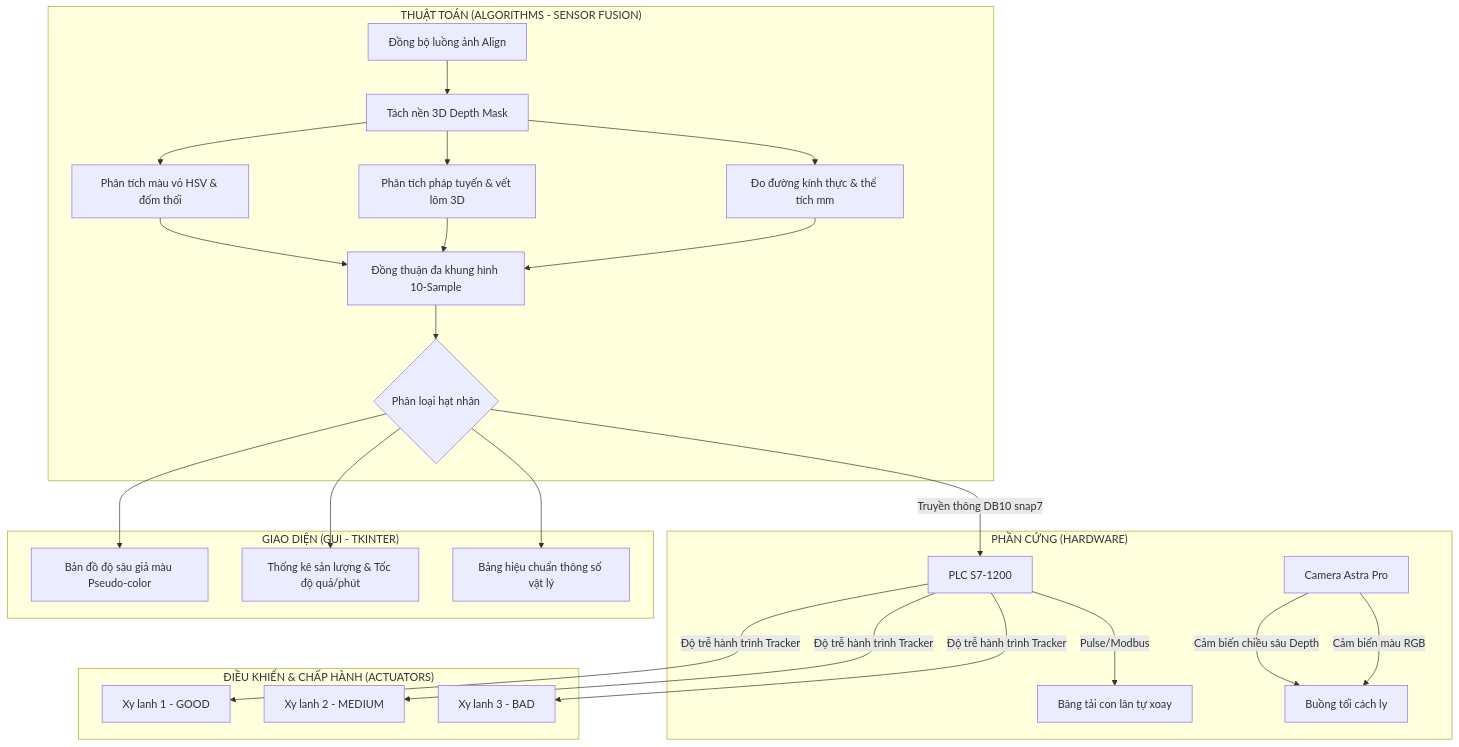
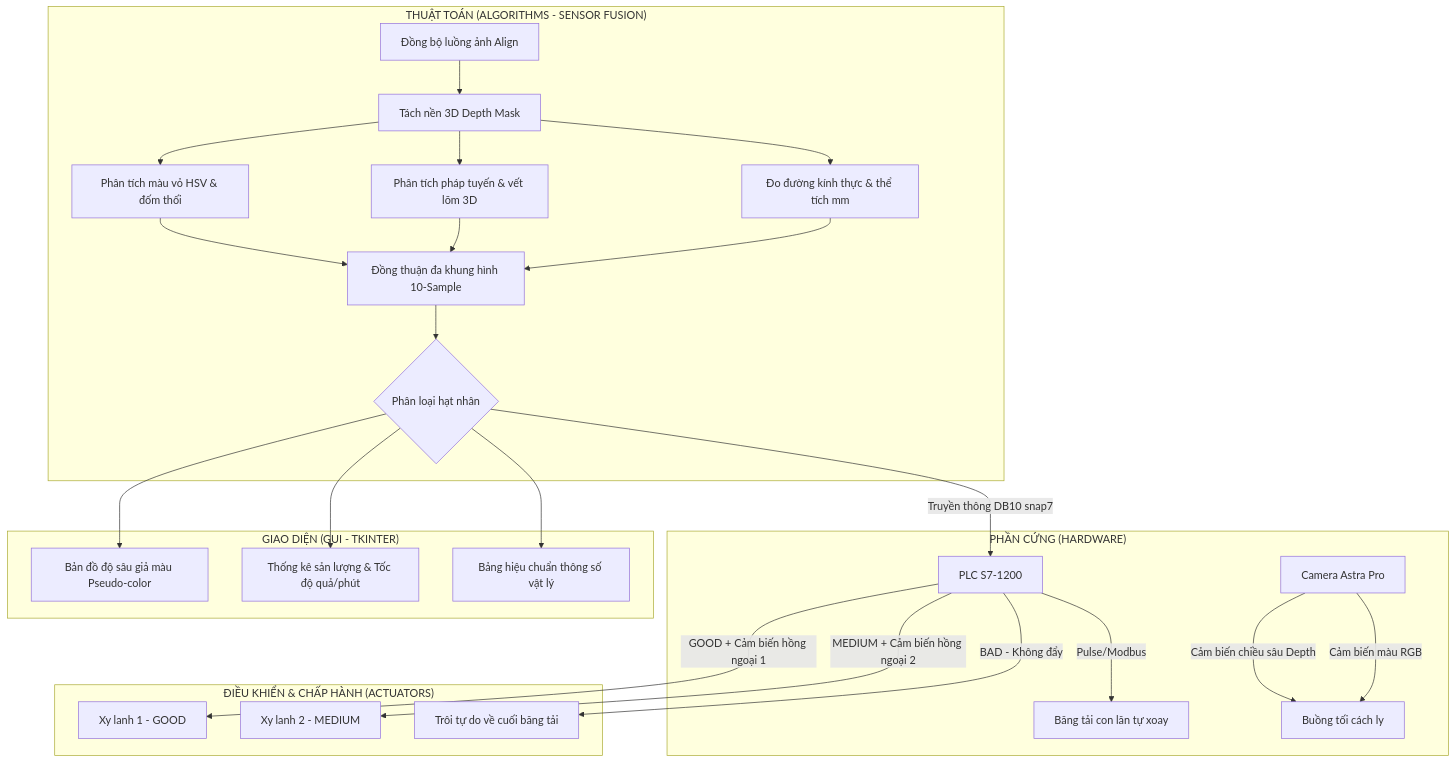
One commit to hoangnha999/DoAn_PLC_Phanloaitao changed the diagram in UPGRADE_PROPOSAL.md. Above: the diagram before and after it, drawn with Mermaid. The commit also changed other lines of this file, not shown here.

````diff
--- a/UPGRADE_PROPOSAL.md
+++ b/UPGRADE_PROPOSAL.md
@@ -9,32 +9,32 @@
 ```mermaid
 graph TD
     subgraph "PHẦN CỨNG (HARDWARE)"
         Conroller[PLC S7-1200] -->|Pulse/Modbus| Motor[Băng tải con lăn tự xoay]
         Astra[Camera Astra Pro] -->|Cảm biến màu RGB| DarkBox[Buồng tối cách ly]
         Astra -->|Cảm biến chiều sâu Depth| DarkBox
     end
 
     subgraph "THUẬT TOÁN (ALGORITHMS - SENSOR FUSION)"
         Stream[Đồng bộ luồng ảnh Align] --> DepthFilter[Tách nền 3D Depth Mask]
         DepthFilter --> SizeCalc[Đo đường kính thực & thể tích mm]
         DepthFilter --> SurfaceCalc[Phân tích pháp tuyến & vết lõm 3D]
         DepthFilter --> HSVCalc[Phân tích màu vỏ HSV & đốm thối]
         Consensus[Đồng thuận đa khung hình 10-Sample] --> Decisions{Phân loại hạt nhân}
         SizeCalc --> Consensus
         SurfaceCalc --> Consensus
         HSVCalc --> Consensus
     end
 
     subgraph "GIAO DIỆN (GUI - TKINTER)"
         Decisions --> UI_3D[Bản đồ độ sâu giả màu Pseudo-color]
         Decisions --> UI_Stats[Thống kê sản lượng & Tốc độ quả/phút]
         Decisions --> UI_Calib[Bảng hiệu chuẩn thông số vật lý]
     end
 
     subgraph "ĐIỀU KHIỂN & CHẤP HÀNH (ACTUATORS)"
         Decisions -->|Truyền thông DB10 snap7| Conroller
-        Conroller -->|Độ trễ hành trình Tracker| Piston1[Xy lanh 1 - GOOD]
-        Conroller -->|Độ trễ hành trình Tracker| Piston2[Xy lanh 2 - MEDIUM]
-        Conroller -->|Độ trễ hành trình Tracker| Piston3[Xy lanh 3 - BAD]
+        Conroller -->|GOOD + Cảm biến hồng ngoại 1| Piston1[Xy lanh 1 - GOOD]
+        Conroller -->|MEDIUM + Cảm biến hồng ngoại 2| Piston2[Xy lanh 2 - MEDIUM]
+        Conroller -->|BAD - Không đẩy| EndBelt[Trôi tự do về cuối băng tải]
     end
 ```
````
